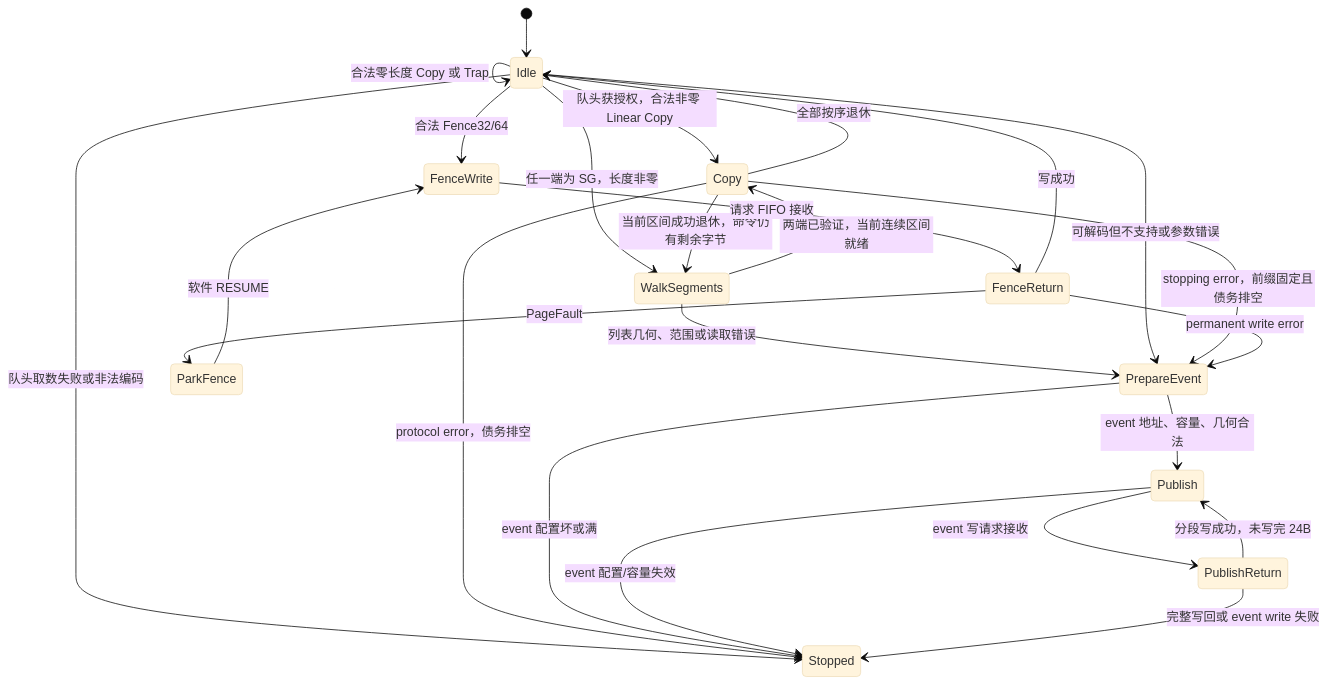
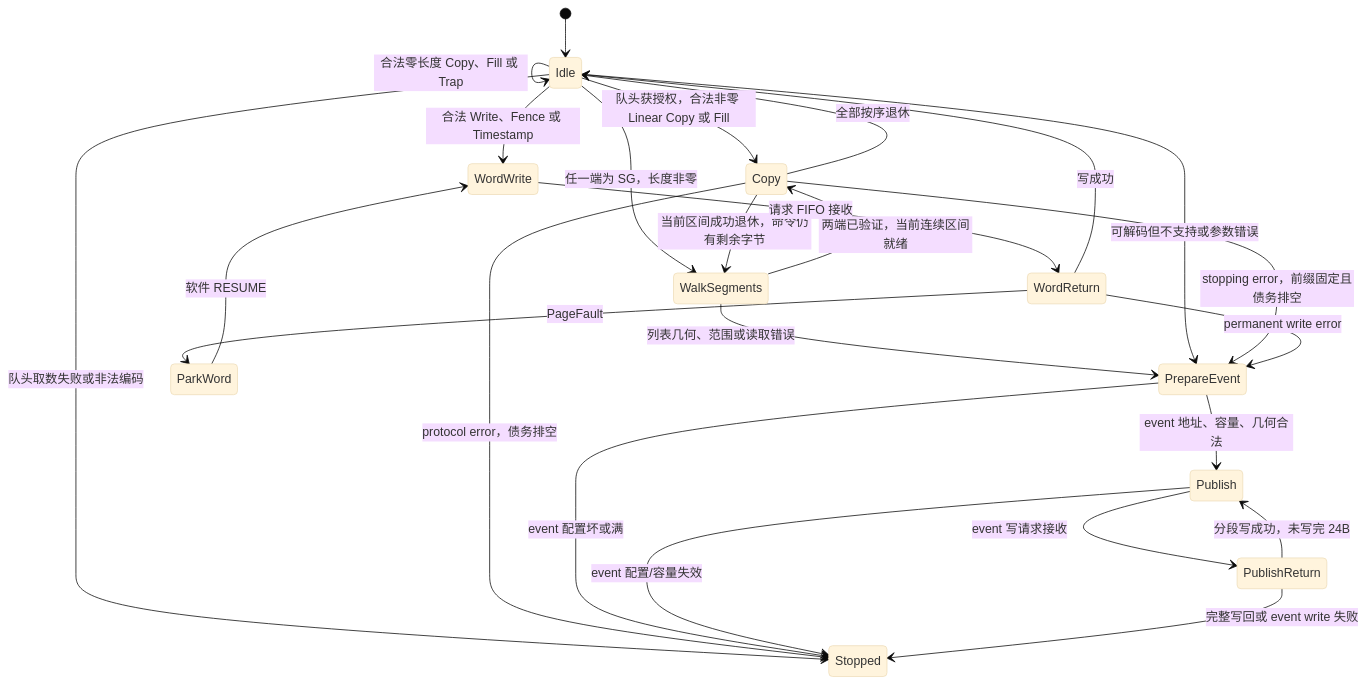
The third of 8 diagrams in docs/rtl/microarchitecture.md (shady831213/pdma), drawn with Mermaid (base theme) before and after one commit. The commit also changed other lines of this file and 40 other files, not shown here.

Commit message:
Implement DMA Write, Fill and Timestamp in RTL

````diff
--- a/docs/rtl/microarchitecture.md
+++ b/docs/rtl/microarchitecture.md
@@ -267,27 +267,27 @@
 ```mermaid
 stateDiagram-v2
     [*] --> Idle
-    Idle --> Copy: 队头获授权，合法非零 Linear Copy
+    Idle --> Copy: 队头获授权，合法非零 Linear Copy 或 Fill
     Idle --> WalkSegments: 任一端为 SG，长度非零
     WalkSegments --> Copy: 两端已验证，当前连续区间就绪
     Copy --> WalkSegments: 当前区间成功退休，命令仍有剩余字节
     WalkSegments --> PrepareEvent: 列表几何、范围或读取错误
-    Idle --> FenceWrite: 合法 Fence32/64
-    Idle --> Idle: 合法零长度 Copy 或 Trap
+    Idle --> WordWrite: 合法 Write、Fence 或 Timestamp
+    Idle --> Idle: 合法零长度 Copy、Fill 或 Trap
     Idle --> PrepareEvent: 可解码但不支持或参数错误
     Idle --> Stopped: 队头取数失败或非法编码
     Copy --> Idle: 全部按序退休
     Copy --> PrepareEvent: stopping error，前缀固定且债务排空
     Copy --> Stopped: protocol error，债务排空
-    FenceWrite --> FenceReturn: 请求 FIFO 接收
-    FenceReturn --> Idle: 写成功
-    FenceReturn --> ParkFence: PageFault
-    ParkFence --> FenceWrite: 软件 RESUME
-    FenceReturn --> PrepareEvent: permanent write error
+    WordWrite --> WordReturn: 请求 FIFO 接收
+    WordReturn --> Idle: 写成功
+    WordReturn --> ParkWord: PageFault
+    ParkWord --> WordWrite: 软件 RESUME
+    WordReturn --> PrepareEvent: permanent write error
     PrepareEvent --> Publish: event 地址、容量、几何合法
     PrepareEvent --> Stopped: event 配置坏或满
     Publish --> PublishReturn: event 写请求接收
     Publish --> Stopped: event 配置/容量失效
     PublishReturn --> Publish: 分段写成功，未写完 24B
     PublishReturn --> Stopped: 完整写回或 event write 失败
 ```
````
